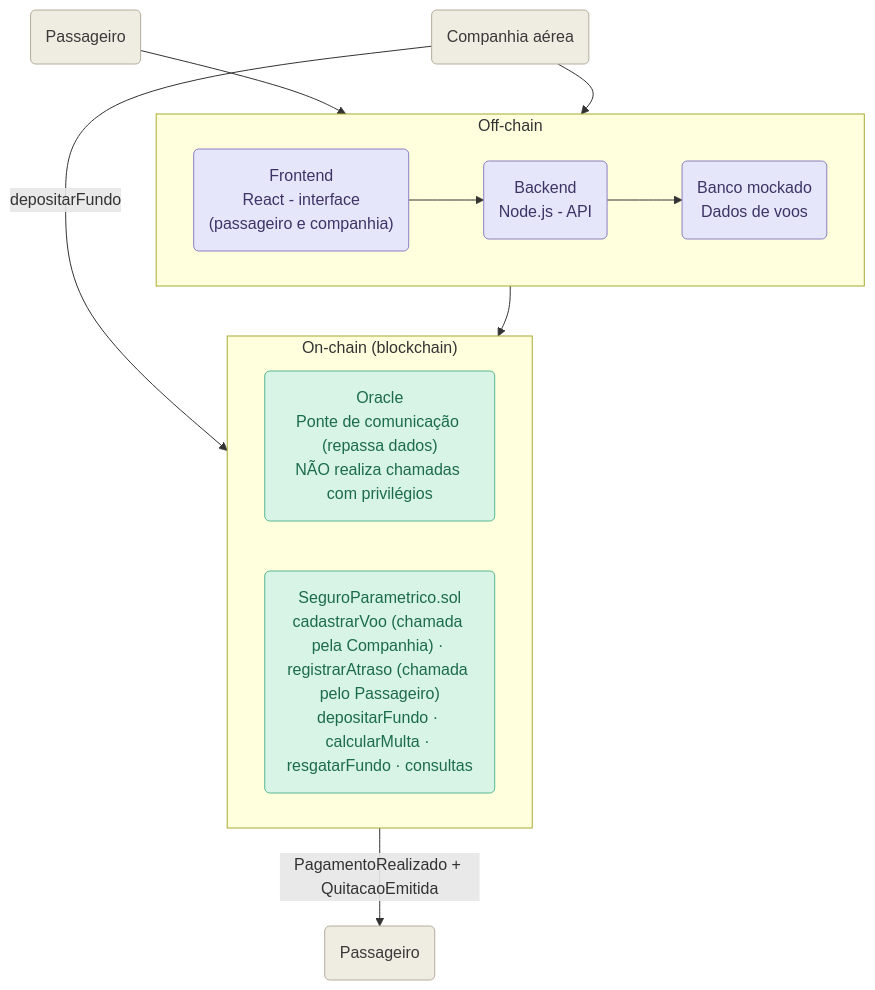
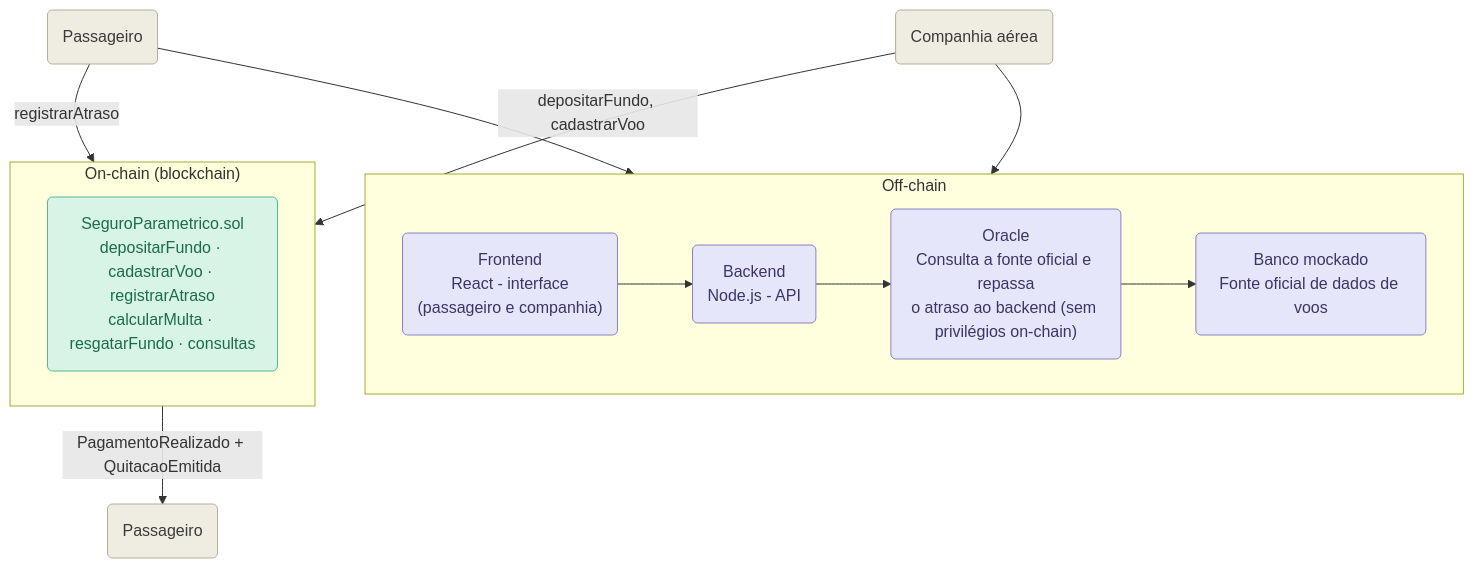
The diagram in docs/diagrama-arquitetura-base.md (Joaogomesbrandao/AcordoInstant), drawn with Mermaid before and after one commit. The commit also changed other lines of this file and 6 other files, not shown here.

Commit message:
refactor oracle flow and decentralize on-chain interactions

````diff
--- a/docs/diagrama-arquitetura-base.md
+++ b/docs/diagrama-arquitetura-base.md
@@ -9,35 +11,36 @@
 ```mermaid
 flowchart TB
     Passageiro1("Passageiro")
     Companhia("Companhia aérea")
     Passageiro2("Passageiro")
 
     subgraph OFF["Off-chain"]
         direction LR
         Frontend("Frontend<br/>React - interface<br/>(passageiro e companhia)")
         Backend("Backend<br/>Node.js - API")
-        Banco("Banco mockado<br/>Dados de voos")
-        Frontend --> Backend --> Banco
+        Oracle("Oracle<br/>Consulta a fonte oficial e repassa<br/>o atraso ao backend (sem privilégios on-chain)")
+        Banco("Banco mockado<br/>Fonte oficial de dados de voos")
+        Frontend --> Backend
+        Backend --> Oracle
+        Oracle --> Banco
     end
 
     subgraph ON["On-chain (blockchain)"]
         direction LR
-        Oracle("Oracle<br/>Ponte de comunicação (repassa dados)<br/>NÃO realiza chamadas com privilégios")
-        Seguro("SeguroParametrico.sol<br/>cadastrarVoo (chamada pela Companhia) · registrarAtraso (chamada pelo Passageiro)<br/>depositarFundo · calcularMulta · resgatarFundo · consultas")
-        %% O oracle atua como ponte; as transações on-chain são feitas pelas contas apropriadas
+        Seguro("SeguroParametrico.sol<br/>depositarFundo · cadastrarVoo · registrarAtraso<br/>calcularMulta · resgatarFundo · consultas")
     end
 
     Passageiro1 --> Frontend
     Companhia --> Frontend
-    Backend --> Oracle
-    Companhia -->|depositarFundo| Seguro
+    Companhia -->|depositarFundo, cadastrarVoo| Seguro
+    Passageiro1 -->|registrarAtraso| Seguro
     Seguro -->|PagamentoRealizado + QuitacaoEmitida| Passageiro2
 
     classDef offchain fill:#e6e6fa,stroke:#8a7fc4,color:#3d3466;
     classDef onchain fill:#d7f4e6,stroke:#57b892,color:#1c6b4d;
     classDef atores fill:#efece2,stroke:#b5ad9d,color:#3a3a3a;
 
-    class Frontend,Backend,Banco offchain;
-    class Oracle,Seguro onchain;
+    class Frontend,Backend,Oracle,Banco offchain;
+    class Seguro onchain;
     class Passageiro1,Passageiro2,Companhia atores;
 ```
````
